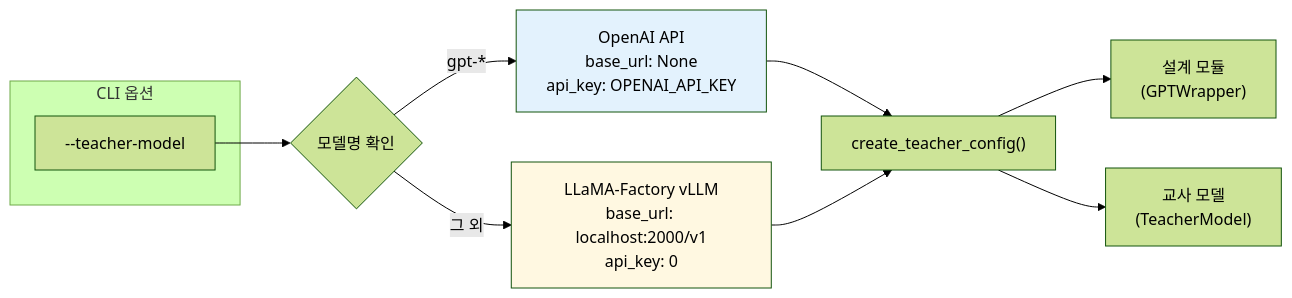
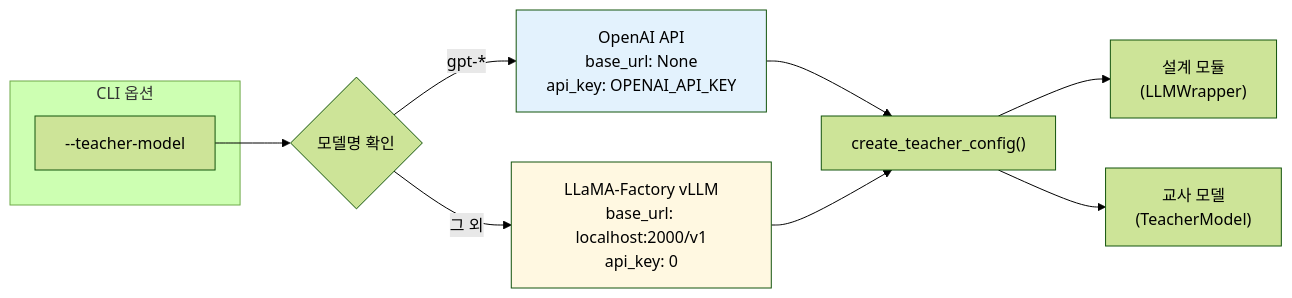
The second of 2 diagrams in ARCHITECTURE.md (SaFD-00/ID-MAS), drawn with Mermaid (forest theme) before and after one commit. The commit also changed other lines of this file and 36 other files, not shown here.

````diff
--- a/ARCHITECTURE.md
+++ b/ARCHITECTURE.md
@@ -309,19 +292,19 @@
 ```mermaid
 flowchart LR
     subgraph CLI["CLI 옵션"]
         TM["--teacher-model"]
     end
 
     TM --> CHECK{모델명 확인}
     CHECK -->|"gpt-*"| OPENAI["OpenAI API<br/>base_url: None<br/>api_key: OPENAI_API_KEY"]
     CHECK -->|"그 외"| VLLM["LLaMA-Factory vLLM<br/>base_url: localhost:2000/v1<br/>api_key: 0"]
 
     OPENAI --> CONFIG["create_teacher_config()"]
     VLLM --> CONFIG
 
-    CONFIG --> DESIGN["설계 모듈<br/>(GPTWrapper)"]
+    CONFIG --> DESIGN["설계 모듈<br/>(LLMWrapper)"]
     CONFIG --> TEACHER["교사 모델<br/>(TeacherModel)"]
 
     style OPENAI fill:#e3f2fd
     style VLLM fill:#fff8e1
 ```
````
